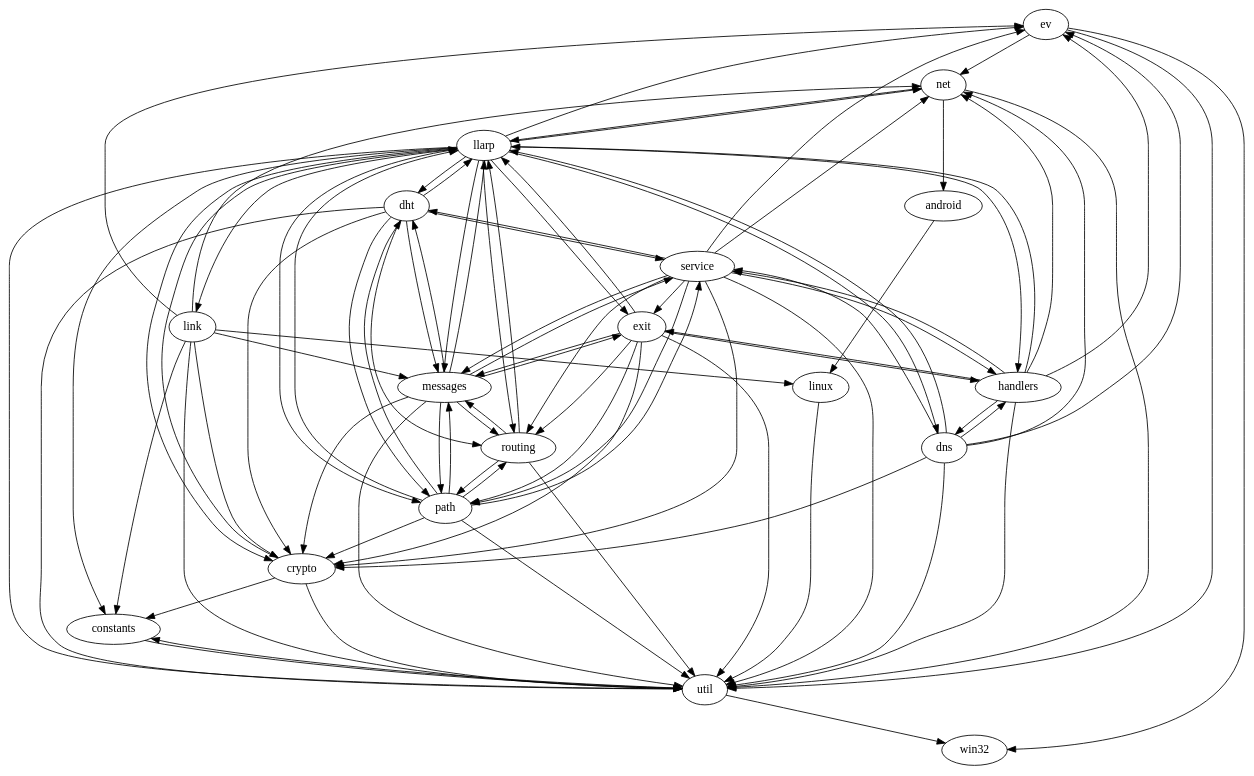
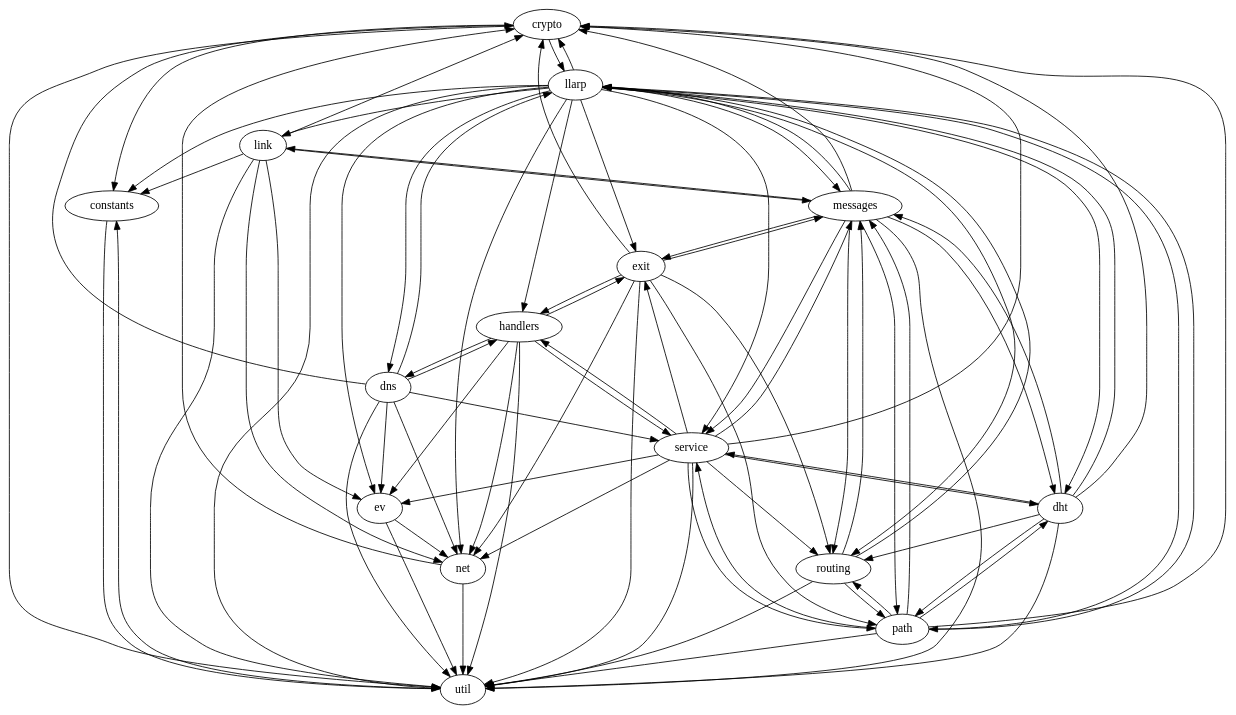
The diagram in docs/llarp_structure.dot (oxen-io/lokinet), drawn with Graphviz before and after one commit. The commit also changed 64 other files, not shown here.

Commit message:
More refactoring to continue to make dependency graph acylic

```diff
--- a/docs/llarp_structure.dot
+++ b/docs/llarp_structure.dot
@@ -1,109 +1,102 @@
 digraph {
     constants -> util;
-
-    util -> constants;
-    util -> win32;
-
-    android -> linux;
 
     crypto -> constants;
     crypto -> llarp;
     crypto -> util;
 
     dht -> crypto;
     dht -> messages;
     dht -> llarp;
     dht -> path;
     dht -> routing;
     dht -> service;
     dht -> util;
 
     dns -> crypto;
     dns -> ev;
     dns -> handlers;
     dns -> llarp;
     dns -> net;
     dns -> service;
     dns -> util;
 
     ev -> net;
     ev -> util;
-    ev -> win32;
 
     exit -> crypto;
     exit -> handlers;
-    exit -> llarp;
     exit -> messages;
+    exit -> net;
     exit -> path;
     exit -> routing;
     exit -> util;
 
     handlers -> dns;
     handlers -> ev;
     handlers -> exit;
-    handlers -> llarp;
     handlers -> net;
     handlers -> service;
     handlers -> util;
 
     link -> constants;
     link -> crypto;
     link -> ev;
-    link -> linux;
     link -> messages;
     link -> net;
     link -> util;
 
-    linux -> util;
-
     messages -> crypto;
     messages -> dht;
     messages -> exit;
+    messages -> link;
     messages -> llarp;
     messages -> path;
     messages -> routing;
     messages -> service;
     messages -> util;
 
-    net -> android;
-    net -> llarp;
+    net -> crypto;
     net -> util;
 
     path -> crypto;
     path -> dht;
     path -> llarp;
     path -> messages;
     path -> routing;
     path -> service;
     path -> util;
 
     routing -> llarp;
     routing -> messages;
     routing -> path;
     routing -> util;
 
     service -> crypto;
     service -> dht;
     service -> ev;
     service -> exit;
     service -> handlers;
     service -> messages;
     service -> net;
     service -> path;
     service -> routing;
     service -> util;
 
+    util -> constants;
+
     llarp -> constants;
     llarp -> crypto;
     llarp -> dht;
     llarp -> dns;
     llarp -> ev;
     llarp -> exit;
     llarp -> handlers;
     llarp -> link;
     llarp -> messages;
     llarp -> net;
     llarp -> path;
     llarp -> routing;
+    llarp -> service;
     llarp -> util;
 }
```
